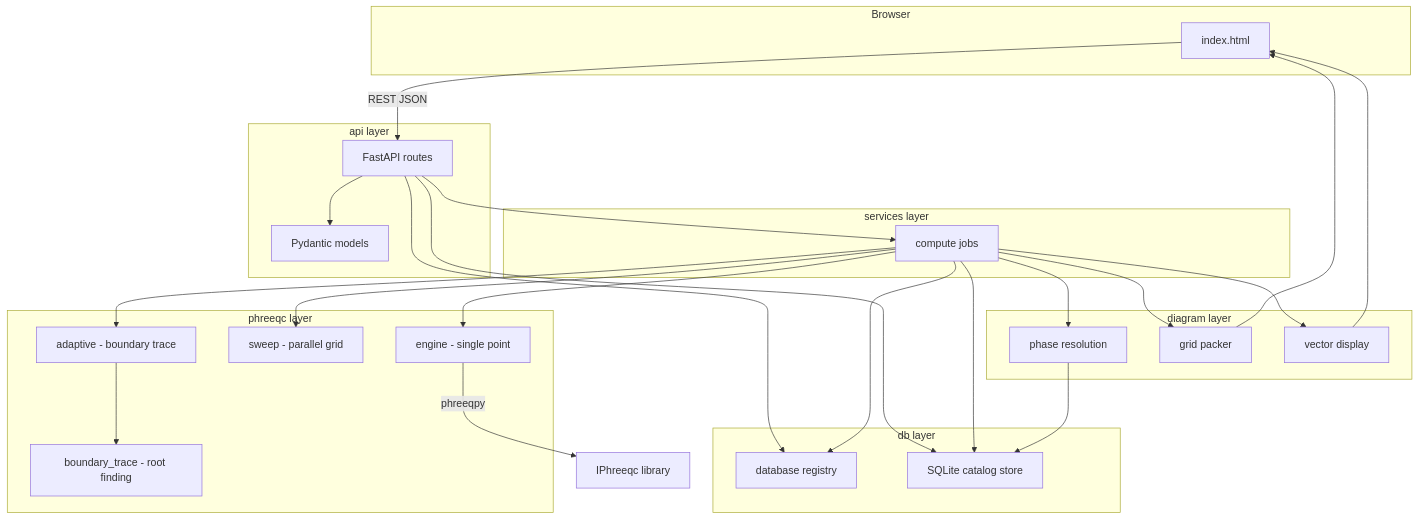
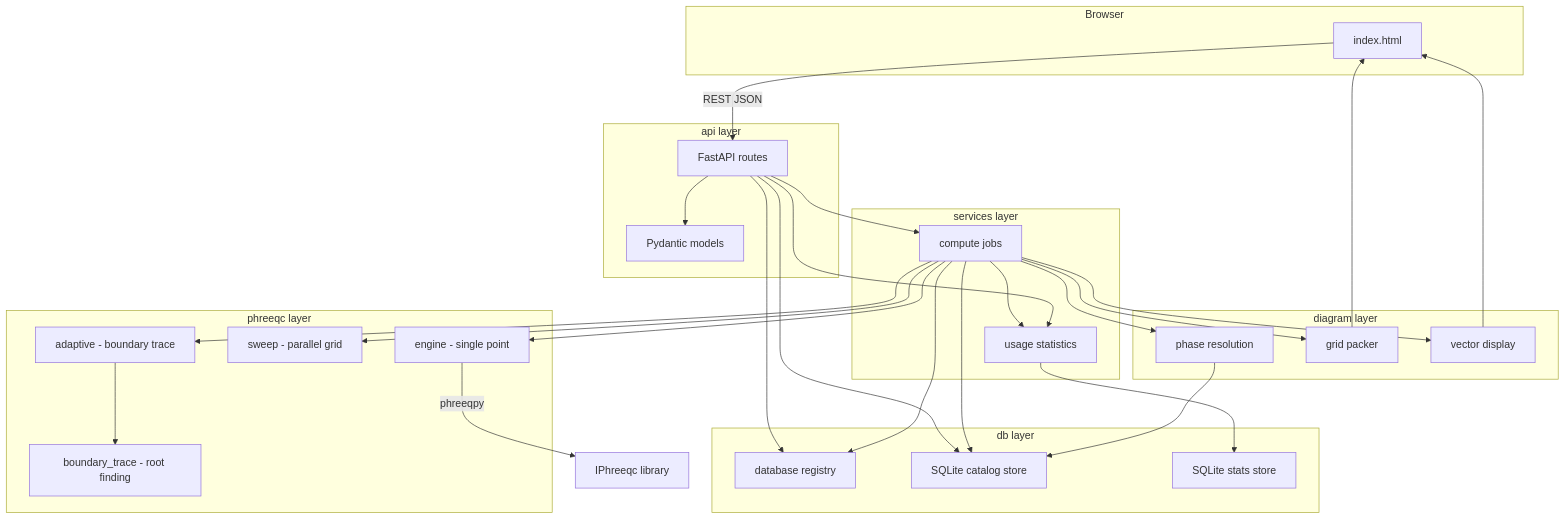
Before and after one commit to Matteo-Loche/Phaser: the first of 2 diagrams in README.md, drawn with Mermaid. The commit also changed other lines of this file and 8 other files, not shown here.

First line of the commit message:
Add server usage statistics tracking and UI enhancements

````diff
--- a/README.md
+++ b/README.md
@@ -91,52 +109,57 @@
 ```mermaid
 flowchart TB
     subgraph client [Browser]
         UI[index.html]
     end
 
     subgraph api [api layer]
         Routes[FastAPI routes]
         Models[Pydantic models]
     end
 
     subgraph services [services layer]
         Compute[compute jobs]
+        StatsSvc[usage statistics]
     end
 
     subgraph db_layer [db layer]
         Registry[database registry]
         Catalog[SQLite catalog store]
+        StatsStore[SQLite stats store]
     end
 
     subgraph solver [phreeqc layer]
         Engine["engine - single point"]
         Sweep["sweep - parallel grid"]
         Adaptive["adaptive - boundary trace"]
         Trace["boundary_trace - root finding"]
     end
 
     subgraph diagram_layer [diagram layer]
         Phases[phase resolution]
         Packer[grid packer]
         Vectors[vector display]
     end
 
     UI -->|REST JSON| Routes
     Routes --> Models
     Routes --> Compute
     Routes --> Registry
     Routes --> Catalog
     Compute --> Registry
     Compute --> Phases
     Compute --> Engine
     Compute --> Sweep
     Compute --> Adaptive
     Adaptive --> Trace
     Compute --> Packer
     Compute --> Vectors
     Compute --> Catalog
+    Compute --> StatsSvc
+    StatsSvc --> StatsStore
+    Routes --> StatsSvc
     Phases --> Catalog
     Engine -->|phreeqpy| IPhreeqc[IPhreeqc library]
     Packer --> UI
     Vectors --> UI
 ```
````
